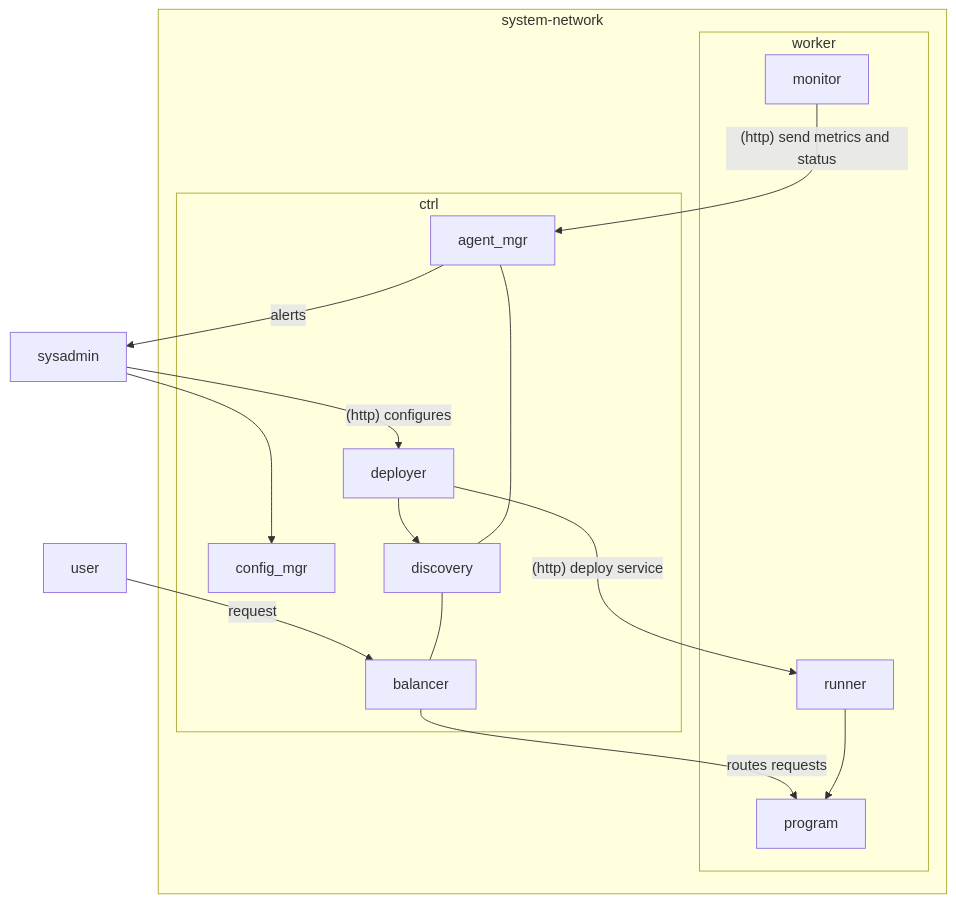
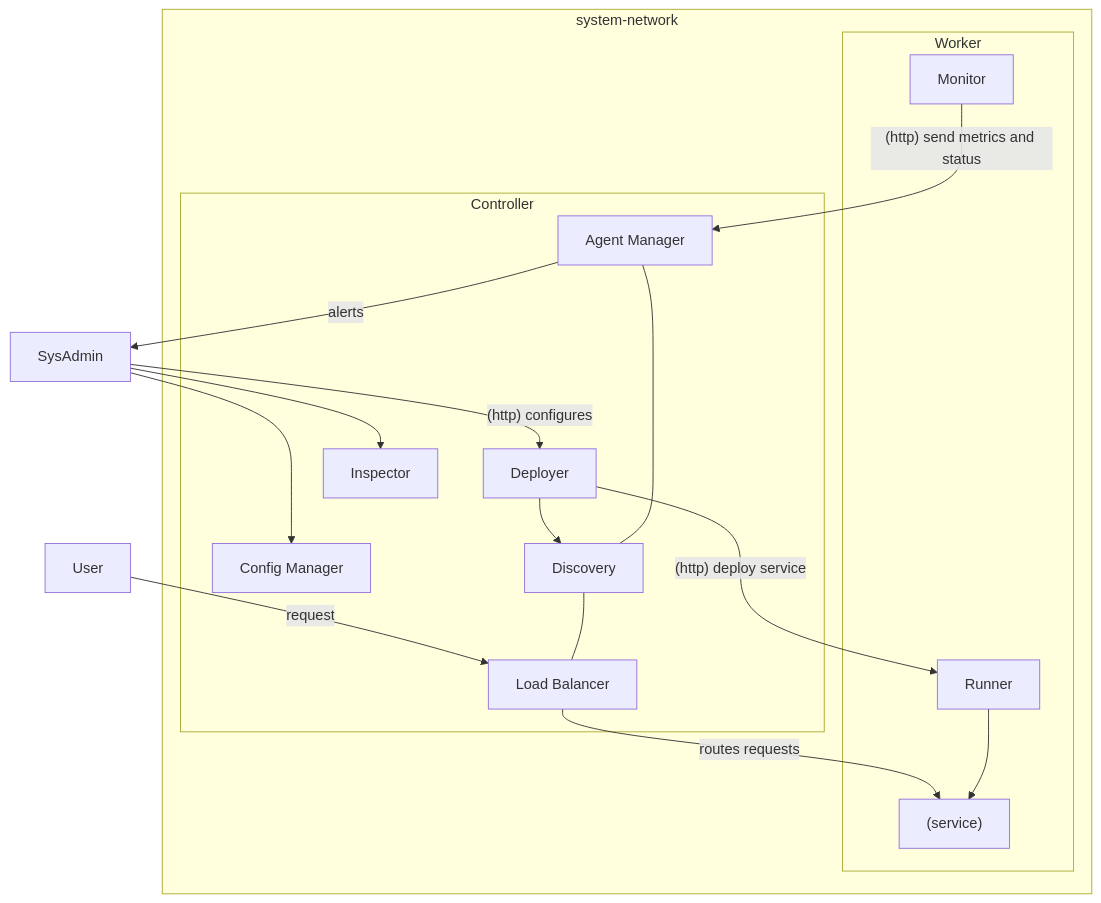
The diagram in docs/DESIGN.md (esfericos/tucano), drawn with Mermaid before and after one commit. The commit also changed other lines of this file, not shown here.

Commit message:
docs: add inspector to the diagram

````diff
--- a/docs/DESIGN.md
+++ b/docs/DESIGN.md
@@ -5,38 +7,40 @@
 ```mermaid
 graph TB
-    user
+    user["User"]
     user -- request --> balancer
 
-    sysadmin
+    sysadmin["SysAdmin"]
     sysadmin -- (http) configures --> deployer
-    sysadmin ---> config_mgr
-    agent_mgr -- alerts --> sysadmin
+    sysadmin ---> config
+    sysadmin --> inspector
+    agent -- alerts --> sysadmin
 
     subgraph system-network
 
-        subgraph ctrl
-            deployer
-            balancer
-            agent_mgr
-            config_mgr
-            discovery
+        subgraph Controller
+            deployer["Deployer"]
+            balancer["Load Balancer"]
+            agent["Agent Manager"]
+            config["Config Manager"]
+            inspector["Inspector"]
+            discovery["Discovery"]
 
             deployer --> discovery
             discovery --- balancer
-            agent_mgr --- discovery
+            agent --- discovery
         end
 
-        balancer -- routes requests --> program
+        balancer -- routes requests --> service
         deployer -- (http) deploy service --> runner
-        monitor -- (http) send metrics and status --> agent_mgr
+        monitor -- (http) send metrics and status --> agent
 
-        subgraph worker
-            monitor
-            runner
-            program
+        subgraph Worker
+            monitor["Monitor"]
+            runner["Runner"]
+            service["(service)"]
 
-            runner --> program
+            runner --> service
         end
 
     end
 ```
````
